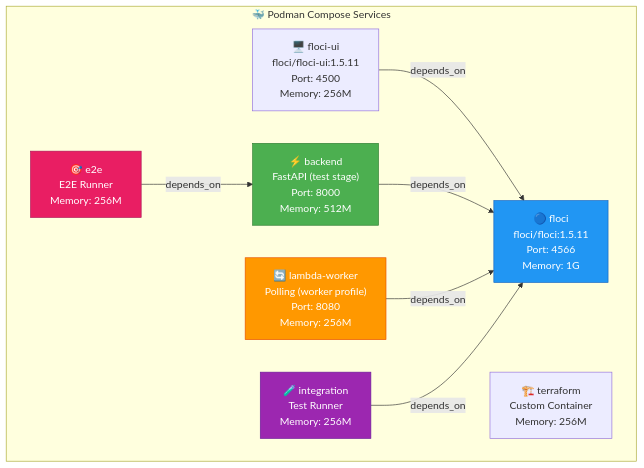
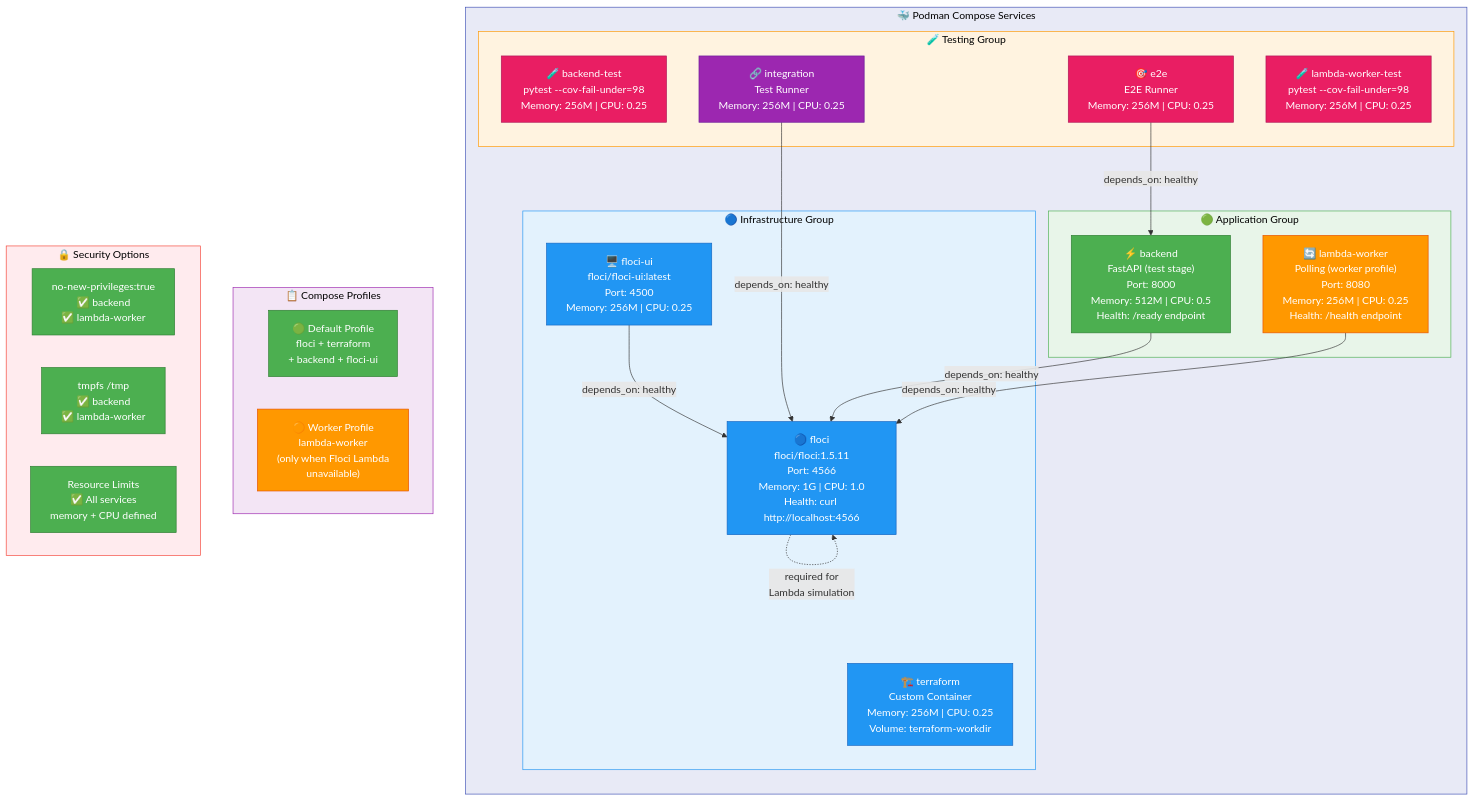
Before and after one commit to sergio11/aws_serverless_pipeline_poc: the fifth of 6 diagrams in README.md, drawn with Mermaid. The commit also changed other lines of this file, not shown here.

````diff
--- a/README.md
+++ b/README.md
@@ -327,24 +556,64 @@
 ```mermaid
 graph TB
-    subgraph "🐳 Podman Compose Services"
-        FLOCI["🔵 floci<br/>floci/floci:1.5.11<br/>Port: 4566<br/>Memory: 1G"]
-        FLOCI_UI["🖥️ floci-ui<br/>floci/floci-ui:1.5.11<br/>Port: 4500<br/>Memory: 256M"]
-        TF["🏗️ terraform<br/>Custom Container<br/>Memory: 256M"]
-        BE["⚡ backend<br/>FastAPI (test stage)<br/>Port: 8000<br/>Memory: 512M"]
-        LW["🔄 lambda-worker<br/>Polling (worker profile)<br/>Port: 8080<br/>Memory: 256M"]
-        INT["🧪 integration<br/>Test Runner<br/>Memory: 256M"]
-        E2E["🎯 e2e<br/>E2E Runner<br/>Memory: 256M"]
+    subgraph PODMAN["🐳 Podman Compose Services"]
+        direction TB
+
+        subgraph INFRA_GROUP["🔵 Infrastructure Group"]
+            FLOCI["🔵 floci<br/>floci/floci:1.5.11<br/>Port: 4566<br/>Memory: 1G | CPU: 1.0<br/>Health: curl http://localhost:4566"]
+            FLOCI_UI["🖥️ floci-ui<br/>floci/floci-ui:latest<br/>Port: 4500<br/>Memory: 256M | CPU: 0.25"]
+            TF["🏗️ terraform<br/>Custom Container<br/>Memory: 256M | CPU: 0.25<br/>Volume: terraform-workdir"]
+        end
+
+        subgraph APP_GROUP["🟢 Application Group"]
+            BE["⚡ backend<br/>FastAPI (test stage)<br/>Port: 8000<br/>Memory: 512M | CPU: 0.5<br/>Health: /ready endpoint"]
+            LW["🔄 lambda-worker<br/>Polling (worker profile)<br/>Port: 8080<br/>Memory: 256M | CPU: 0.25<br/>Health: /health endpoint"]
+        end
+
+        subgraph TEST_GROUP["🧪 Testing Group"]
+            BE_TEST["🧪 backend-test<br/>pytest --cov-fail-under=98<br/>Memory: 256M | CPU: 0.25"]
+            LW_TEST["🧪 lambda-worker-test<br/>pytest --cov-fail-under=98<br/>Memory: 256M | CPU: 0.25"]
+            INT["🔗 integration<br/>Test Runner<br/>Memory: 256M | CPU: 0.25"]
+            E2E["🎯 e2e<br/>E2E Runner<br/>Memory: 256M | CPU: 0.25"]
+        end
     end
 
-    FLOCI_UI -->|depends_on| FLOCI
-    BE -->|depends_on| FLOCI
-    LW -->|depends_on| FLOCI
-    INT -->|depends_on| FLOCI
-    E2E -->|depends_on| BE
+    FLOCI_UI -->|"depends_on: healthy"| FLOCI
+    BE -->|"depends_on: healthy"| FLOCI
+    LW -->|"depends_on: healthy"| FLOCI
+    INT -->|"depends_on: healthy"| FLOCI
+    E2E -->|"depends_on: healthy"| BE
 
+    subgraph PROFILES["📋 Compose Profiles"]
+        DEFAULT["🟢 Default Profile<br/>floci + terraform<br/>+ backend + floci-ui"]
+        WORKER["🟠 Worker Profile<br/>lambda-worker<br/>(only when Floci Lambda<br/>unavailable)"]
+    end
+
+    subgraph SECURITY_OPTS["🔒 Security Options"]
+        SEC_NO_NEW["no-new-privileges:true<br/>✅ backend<br/>✅ lambda-worker"]
+        SEC_TMPFS["tmpfs /tmp<br/>✅ backend<br/>✅ lambda-worker"]
+        SEC_LIMITS["Resource Limits<br/>✅ All services<br/>memory + CPU defined"]
+    end
+
+    FLOCI -.->|"required for<br/>Lambda simulation"| FLOCI
+
+    style PODMAN fill:#E8EAF6,color:#000,stroke:#3F51B5
+    style INFRA_GROUP fill:#E3F2FD,color:#000,stroke:#2196F3
+    style APP_GROUP fill:#E8F5E9,color:#000,stroke:#4CAF50
+    style TEST_GROUP fill:#FFF3E0,color:#000,stroke:#FF9800
+    style PROFILES fill:#F3E5F5,color:#000,stroke:#9C27B0
+    style SECURITY_OPTS fill:#FFEBEE,color:#000,stroke:#F44336
     style FLOCI fill:#2196F3,color:#fff,stroke:#1565C0
     style BE fill:#4CAF50,color:#fff,stroke:#2E7D32
     style LW fill:#FF9800,color:#fff,stroke:#E65100
     style E2E fill:#E91E63,color:#fff,stroke:#AD1457
     style INT fill:#9C27B0,color:#fff,stroke:#6A1B9A
+    style BE_TEST fill:#E91E63,color:#fff,stroke:#AD1457
+    style LW_TEST fill:#E91E63,color:#fff,stroke:#AD1457
+    style FLOCI_UI fill:#2196F3,color:#fff,stroke:#1565C0
+    style TF fill:#2196F3,color:#fff,stroke:#1565C0
+    style DEFAULT fill:#4CAF50,color:#fff,stroke:#2E7D32
+    style WORKER fill:#FF9800,color:#fff,stroke:#E65100
+    style SEC_NO_NEW fill:#4CAF50,color:#fff,stroke:#2E7D32
+    style SEC_TMPFS fill:#4CAF50,color:#fff,stroke:#2E7D32
+    style SEC_LIMITS fill:#4CAF50,color:#fff,stroke:#2E7D32
 ```
````
